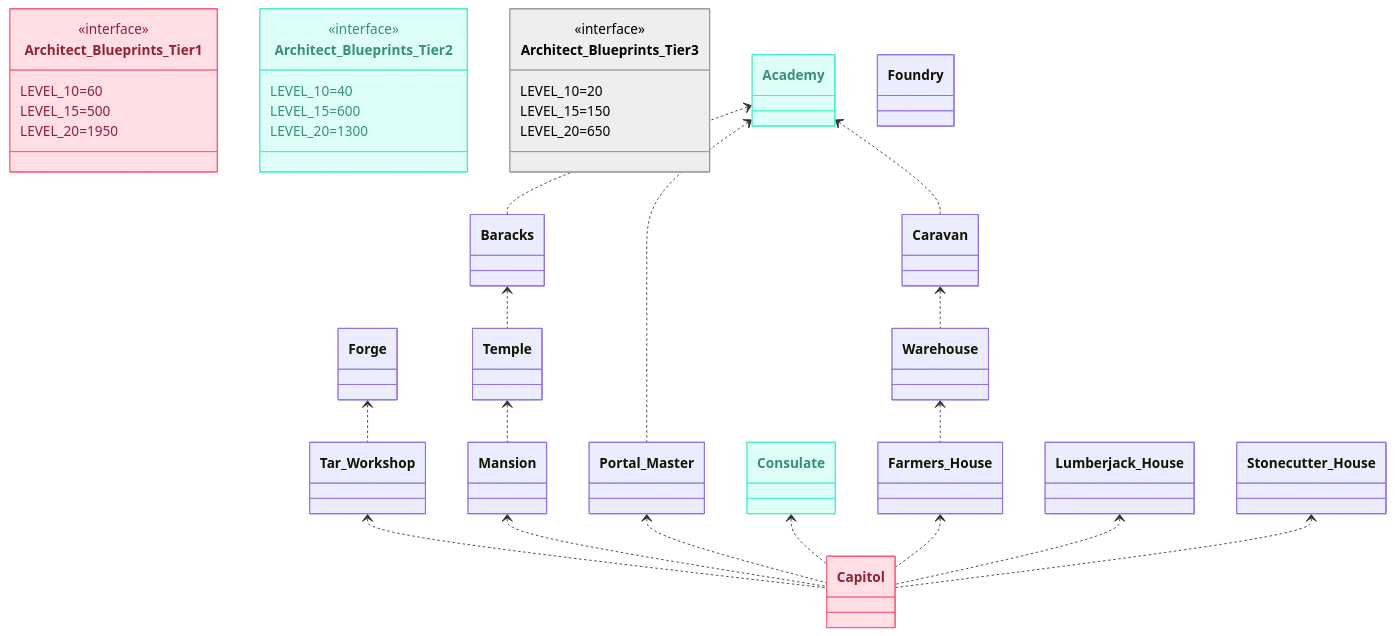
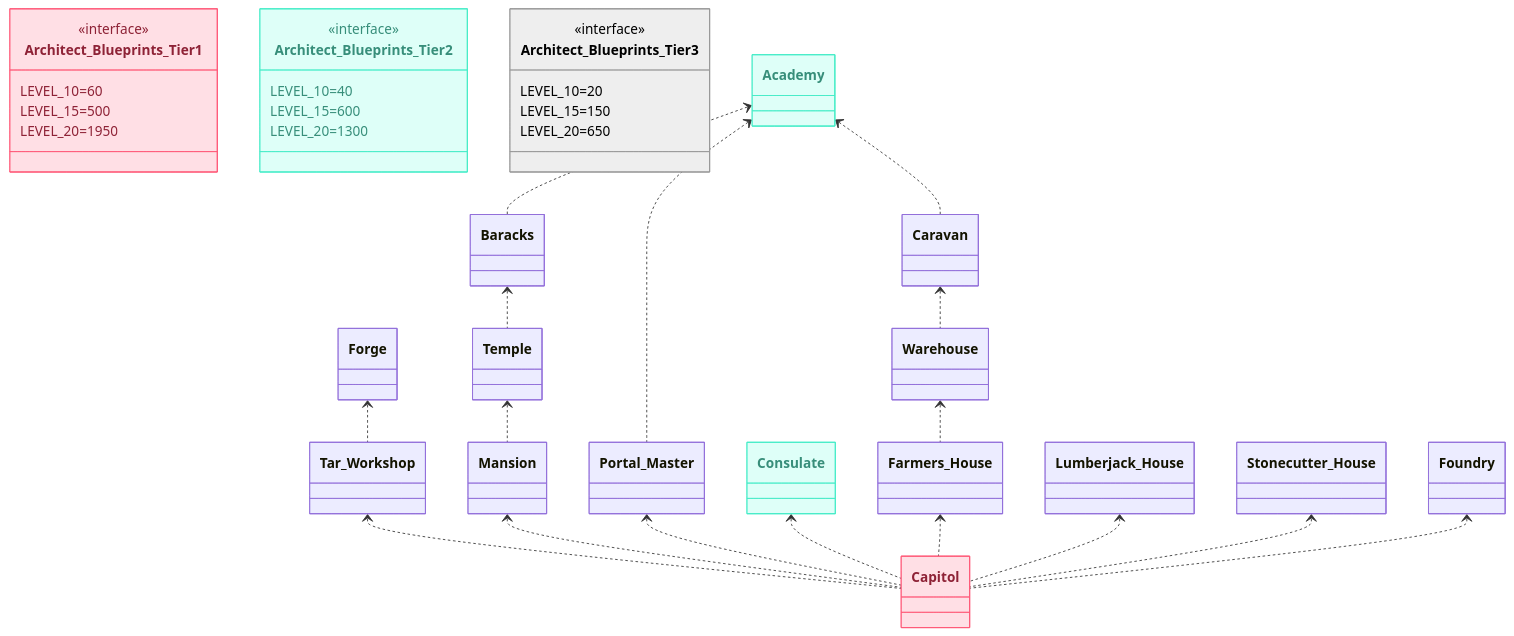
One commit to wloche/total_battle changed the diagram in Total Battle building upgrades.mermaid. Above: the diagram before and after it, drawn with Mermaid.

Commit message:
Update Total Battle building upgrades.mermaid
Foundry <.. Capitol

```diff
--- a/Total Battle building upgrades.mermaid
+++ b/Total Battle building upgrades.mermaid
@@ -1,94 +1,95 @@
 classDiagram
     class Architect_Blueprints_Tier1 {
 	    LEVEL_10=60
 	    LEVEL_15=500
 	    LEVEL_20=1950
     }
 
     class Architect_Blueprints_Tier2 {
 	    LEVEL_10=40
 	    LEVEL_15=600
 	    LEVEL_20=1300
     }
 
     class Architect_Blueprints_Tier3 {
 	    LEVEL_10=20
 	    LEVEL_15=150
 	    LEVEL_20=650
     }
 
     class Academy {
     }
 
     class Baracks {
     }
 
     class Caravan {
     }
 
     class Warehouse {
     }
 
     class Farmers_House {
     }
 
     class Temple {
     }
 
     class Mansion {
     }
 
     class Tar_Workshop {
     }
 
     class Portal_Master {
     }
 
     class Consulate {
     }
 
     class Forge {
     }
 
     class Lumberjack_House {
     }
 
     class Stonecutter_House {
     }
 
     class Foundry {
     }
 
     class Capitol {
     }
 
 	<<interface>> Architect_Blueprints_Tier1
 	<<interface>> Architect_Blueprints_Tier2
 	<<interface>> Architect_Blueprints_Tier3
 
     Academy <.. Baracks
     Academy <.. Caravan
     Academy <..  Portal_Master
     Warehouse <.. Farmers_House
     Baracks <.. Temple
     Temple <.. Mansion
     Caravan <.. Warehouse
     Tar_Workshop <.. Capitol
     Mansion <.. Capitol
     Forge <.. Tar_Workshop
     Portal_Master <.. Capitol
     Consulate <.. Capitol
     Farmers_House <.. Capitol
     Lumberjack_House <.. Capitol
     Stonecutter_House <.. Capitol
+    Foundry <.. Capitol
 
 	class Architect_Blueprints_Tier1:::Tier1
 	class Architect_Blueprints_Tier2:::Tier2
 	class Architect_Blueprints_Tier3:::Tier3
 	class Academy:::Tier2
 	class Consulate:::Tier2
 	class Capitol:::Tier1
 
 	classDef Tier1 :, stroke-width:1px, stroke-dasharray:none, stroke:#FF5978, fill:#FFDFE5, color:#8E2236
 	classDef Tier2 :, stroke-width:1px, stroke-dasharray:none, stroke:#46EDC8, fill:#DEFFF8, color:#378E7A
 	classDef Tier3 :,stroke-width:1px, stroke-dasharray:none, stroke:#999999, fill:#EEEEEE, color:#000000
```
